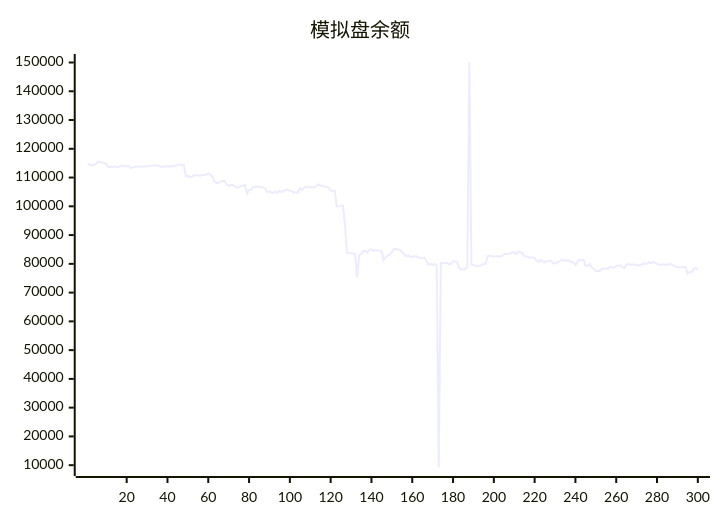
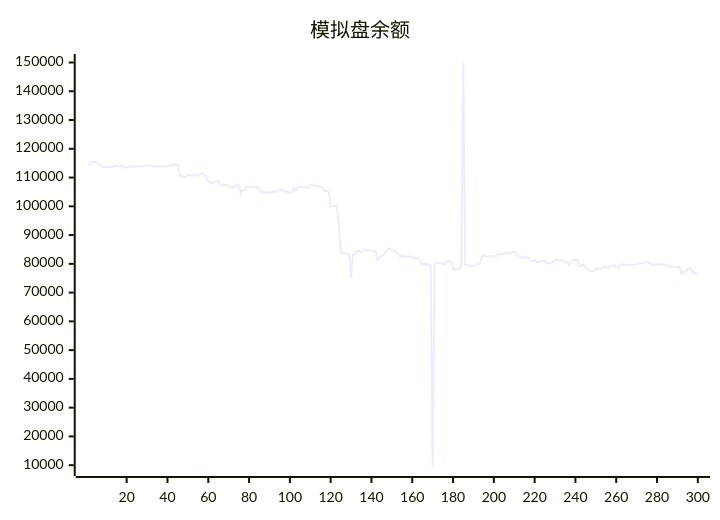
One commit to aahl/ai-trading changed the diagram in README.md. Above: the diagram before and after it, drawn with Mermaid. The commit also changed other lines of this file and 1 other file, not shown here.

````diff
--- a/README.md
+++ b/README.md
@@ -5,5 +5,5 @@
 ```mermaid
 xychart
     title "模拟盘余额"
-    line [114950,114365,114365,114388,114730,115582,115358,115358,115032,114686,113688,113688,113610,113930,113672,113585,114083,114074,113840,113996,114051,113208,113593,113701,113901,113794,113784,113810,113848,113927,113929,114064,114232,114293,114144,113960,113698,113853,113942,113812,113908,113877,114091,113998,114427,114422,114384,114384,110477,110576,110198,110198,110890,110712,110812,110569,110929,110847,110968,111478,110870,110433,108661,108116,108115,108485,108797,108877,107536,107134,107393,107393,107046,106565,106565,107081,107081,107478,104404,105715,105749,106866,106651,106889,106771,106816,106565,106141,104876,105103,104796,104734,105169,104690,105380,104941,105272,105709,105739,105374,105227,104691,104924,104762,106364,105628,106608,106748,106872,106485,106721,106468,107132,107620,107224,107080,107001,106717,106567,105431,105431,105440,99950,100017,100113,100337,93749,83795,83807,83567,83567,83342,75168,83222,83336,84448,84449,83896,84839,85065,84499,84757,84757,84364,84347,81254,82385,82835,83184,84099,85150,85150,85002,84751,84096,83356,82582,82983,82404,82572,82512,82688,82200,82047,81920,82125,80840,79688,80060,79552,79920,79470,9193,80236,80208,80170,80336,79894,80006,80954,80837,80712,78561,78139,78037,78293,78682,150000,79720,79720,79214,79372,79279,79591,80046,79993,82625,82950,82626,82571,82633,82670,82670,82681,83386,83378,83464,83579,83920,84037,83402,84160,84142,83652,82655,82655,82145,82315,82243,82163,80934,80770,81371,80742,80468,80989,80989,81067,80191,80155,80450,80737,81309,81309,81106,81119,81119,80471,80631,79624,80670,81448,81290,81429,79212,79222,79940,78643,78380,77432,77623,77504,78235,78358,78284,78277,79048,78714,78714,79290,79308,79567,78763,78563,79603,79988,79652,79813,79813,79476,79469,79673,79995,80015,80015,80486,80314,80600,80436,79966,79689,79689,79819,79692,79692,79850,79850,79518,79071,78889,78850,78850,78878,78878,76554,77202,77103,78357,78510,78106]
+    line [114388,114730,115582,115358,115358,115032,114686,113688,113688,113610,113930,113672,113585,114083,114074,113840,113996,114051,113208,113593,113701,113901,113794,113784,113810,113848,113927,113929,114064,114232,114293,114144,113960,113698,113853,113942,113812,113908,113877,114091,113998,114427,114422,114384,114384,110477,110576,110198,110198,110890,110712,110812,110569,110929,110847,110968,111478,110870,110433,108661,108116,108115,108485,108797,108877,107536,107134,107393,107393,107046,106565,106565,107081,107081,107478,104404,105715,105749,106866,106651,106889,106771,106816,106565,106141,104876,105103,104796,104734,105169,104690,105380,104941,105272,105709,105739,105374,105227,104691,104924,104762,106364,105628,106608,106748,106872,106485,106721,106468,107132,107620,107224,107080,107001,106717,106567,105431,105431,105440,99950,100017,100113,100337,93749,83795,83807,83567,83567,83342,75168,83222,83336,84448,84449,83896,84839,85065,84499,84757,84757,84364,84347,81254,82385,82835,83184,84099,85150,85150,85002,84751,84096,83356,82582,82983,82404,82572,82512,82688,82200,82047,81920,82125,80840,79688,80060,79552,79920,79470,9193,80236,80208,80170,80336,79894,80006,80954,80837,80712,78561,78139,78037,78293,78682,150000,79720,79720,79214,79372,79279,79591,80046,79993,82625,82950,82626,82571,82633,82670,82670,82681,83386,83378,83464,83579,83920,84037,83402,84160,84142,83652,82655,82655,82145,82315,82243,82163,80934,80770,81371,80742,80468,80989,80989,81067,80191,80155,80450,80737,81309,81309,81106,81119,81119,80471,80631,79624,80670,81448,81290,81429,79212,79222,79940,78643,78380,77432,77623,77504,78235,78358,78284,78277,79048,78714,78714,79290,79308,79567,78763,78563,79603,79988,79652,79813,79813,79476,79469,79673,79995,80015,80015,80486,80314,80600,80436,79966,79689,79689,79819,79692,79692,79850,79850,79518,79071,78889,78850,78850,78878,78878,76554,77202,77103,78357,78510,78106,76678,76677,76672]
 ```
````
